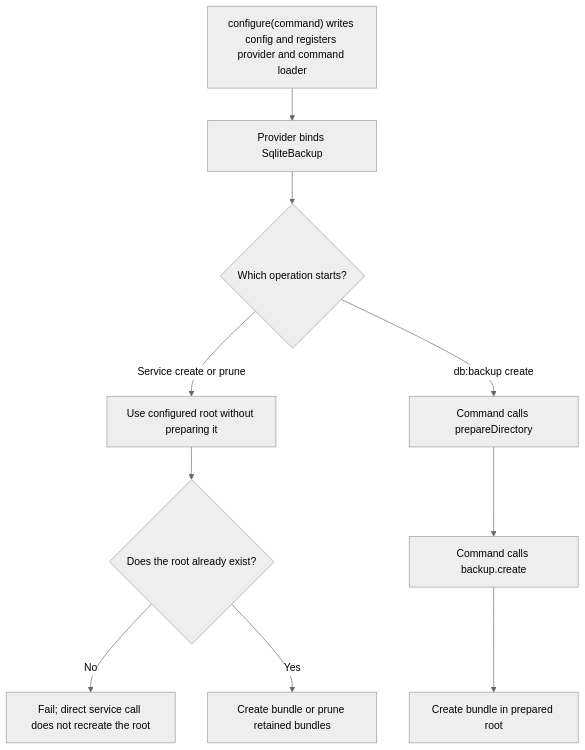
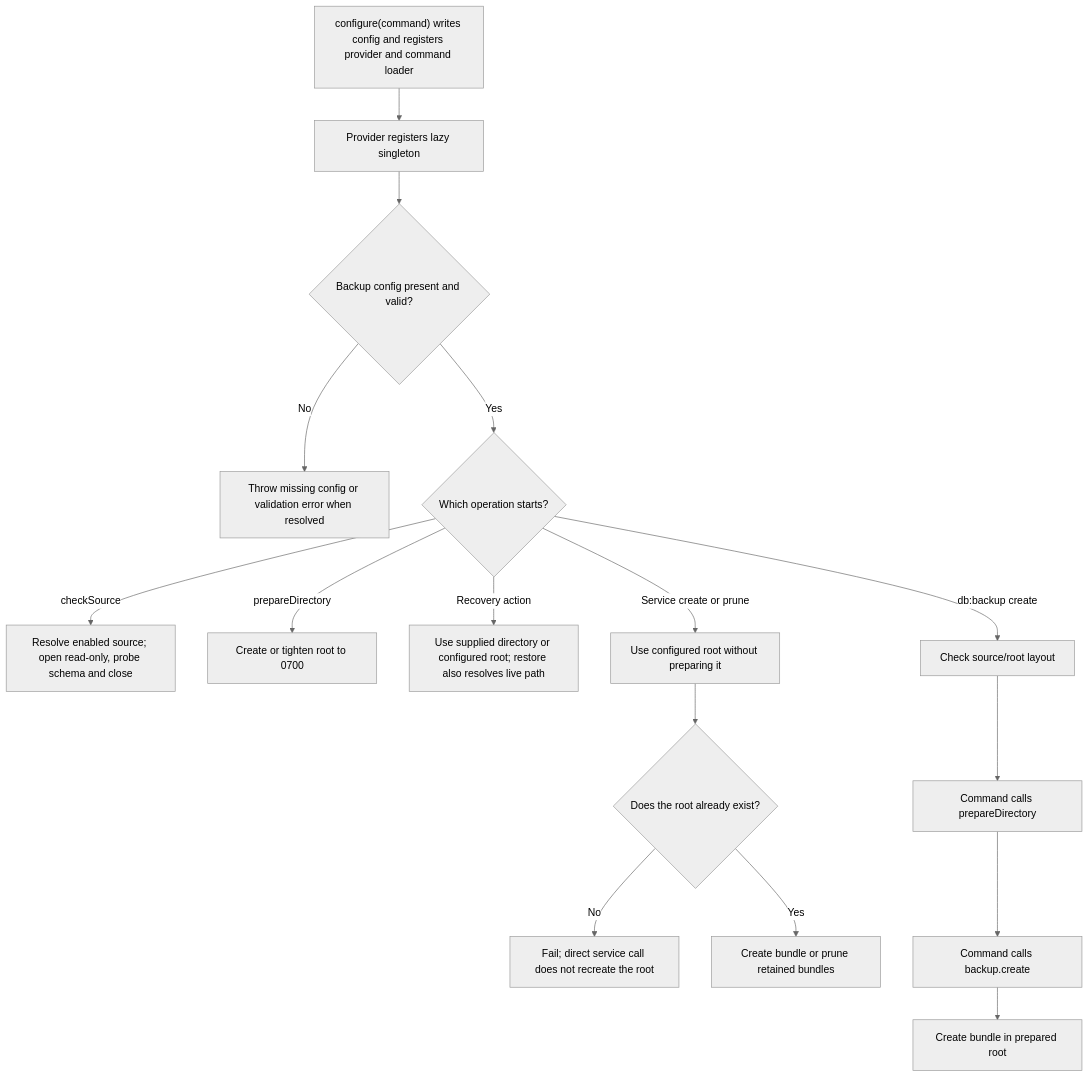
The second of 2 diagrams in user-stories/setup/us-setup-01-configure-backups.md (Kevinjohn/oss-adonisjs-sqlite-backup), drawn with Mermaid (neutral theme) before and after one commit. The commit also changed other lines of this file and 12 other files, not shown here.

````diff
--- a/user-stories/setup/us-setup-01-configure-backups.md
+++ b/user-stories/setup/us-setup-01-configure-backups.md
@@ -44,12 +46,18 @@
 ```mermaid
 flowchart TD
-    A["configure(command) writes config and registers provider and command loader"] --> B["Provider binds SqliteBackup"]
-    B --> C{"Which operation starts?"}
+    A["configure(command) writes config and registers provider and command loader"] --> B["Provider registers lazy singleton"]
+    B --> B1{"Backup config present and valid?"}
+    B1 -->|No| X["Throw missing config or validation error when resolved"]
+    B1 -->|Yes| C{"Which operation starts?"}
+    C -->|checkSource| S["Resolve enabled source; open read-only, probe schema and close"]
+    C -->|prepareDirectory| P["Create or tighten root to 0700"]
+    C -->|Recovery action| R["Use supplied directory or configured root; restore also resolves live path"]
     C -->|Service create or prune| D["Use configured root without preparing it"]
     D --> E{"Does the root already exist?"}
     E -->|No| F["Fail; direct service call does not recreate the root"]
     E -->|Yes| G["Create bundle or prune retained bundles"]
-    C -->|db:backup create| H["Command calls prepareDirectory"]
+    C -->|db:backup create| H1["Check source/root layout"]
+    H1 --> H["Command calls prepareDirectory"]
     H --> I["Command calls backup.create"]
     I --> J["Create bundle in prepared root"]
 ```
````
